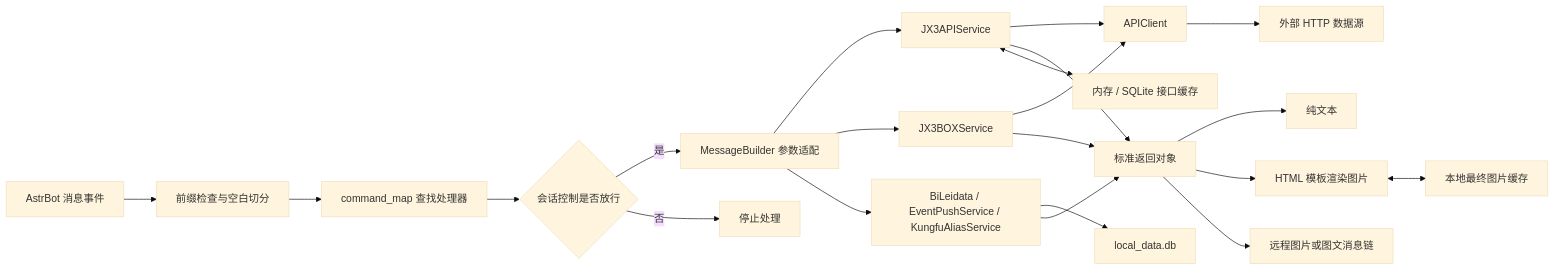
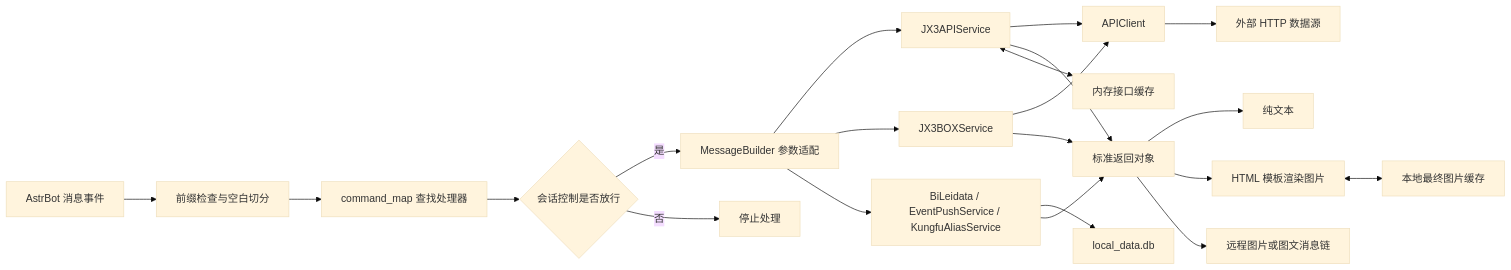
Before and after one commit to qsc20001102/astrbot_plugin_jx3: the diagram in README.md, drawn with Mermaid (base theme). The commit also changed other lines of this file and 14 other files, not shown here.

````diff
--- a/README.md
+++ b/README.md
@@ -368,23 +373,23 @@
 ```mermaid
 flowchart LR
     A["AstrBot 消息事件"] --> B["前缀检查与空白切分"]
     B --> C["command_map 查找处理器"]
     C --> K{"会话控制是否放行"}
     K -->|是| D["MessageBuilder 参数适配"]
     K -->|否| X["停止处理"]
     D --> E1["JX3APIService"]
     D --> E2["JX3BOXService"]
     D --> E3["BiLeidata / EventPushService / KungfuAliasService"]
     E1 --> F["APIClient"]
     E2 --> F
     F --> G["外部 HTTP 数据源"]
     E3 --> H["local_data.db"]
     E1 --> I["标准返回对象"]
     E2 --> I
     E3 --> I
     I --> J1["纯文本"]
     I --> J2["HTML 模板渲染图片"]
     I --> J3["远程图片或图文消息链"]
-    E1 <--> L["内存 / SQLite 接口缓存"]
+    E1 <--> L["内存接口缓存"]
     J2 <--> M["本地最终图片缓存"]
 ```
````
